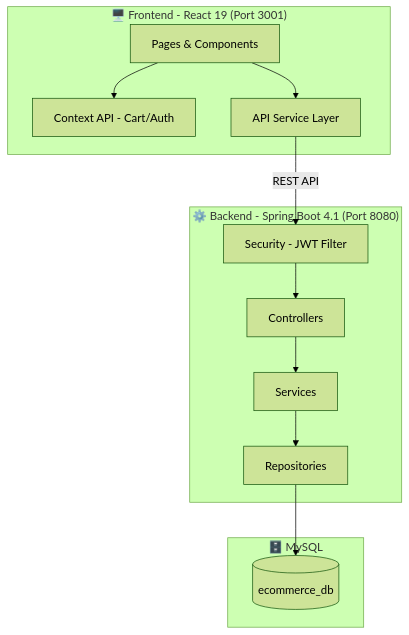
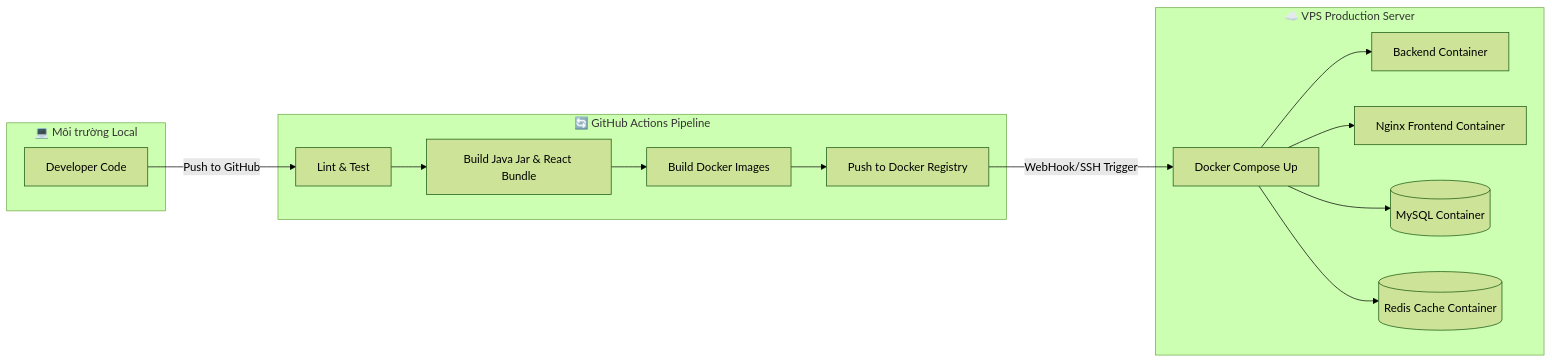
The third of 3 diagrams in doc.md (ThanhluanGif/E-Commerce-Platform), drawn with Mermaid (forest theme) before and after one commit. The commit also changed other lines of this file and 25 other files, not shown here.

````diff
--- a/doc.md
+++ b/doc.md
@@ -82,27 +262,31 @@
 ```mermaid
-graph TB
-    subgraph Frontend["🖥️ Frontend - React 19 (Port 3001)"]
-        UI[Pages & Components]
-        CTX[Context API - Cart/Auth]
-        API_SVC[API Service Layer]
+graph LR
+    subgraph LocalDev["💻 Môi trường Local"]
+        Code[Developer Code]
     end
 
-    subgraph Backend["⚙️ Backend - Spring Boot 4.1 (Port 8080)"]
-        CTRL[Controllers]
-        SVC[Services]
-        REPO[Repositories]
-        SEC[Security - JWT Filter]
+    subgraph CI_CD["🔄 GitHub Actions Pipeline"]
+        Lint[Lint & Test]
+        Build[Build Java Jar & React Bundle]
+        Dockerize[Build Docker Images]
+        Push[Push to Docker Registry]
     end
 
-    subgraph DB["🗄️ MySQL"]
-        TABLES[(ecommerce_db)]
+    subgraph Production["☁️ VPS Production Server"]
+        Compose[Docker Compose Up]
+        AppBE[Backend Container]
+        AppFE[Nginx Frontend Container]
+        DB[(MySQL Container)]
+        Cache[(Redis Cache Container)]
     end
 
-    UI --> CTX
-    UI --> API_SVC
-    API_SVC -->|REST API| SEC
-    SEC --> CTRL
-    CTRL --> SVC
-    SVC --> REPO
-    REPO --> TABLES
+    Code -->|Push to GitHub| Lint
+    Lint --> Build
+    Build --> Dockerize
+    Dockerize --> Push
+    Push -->|WebHook/SSH Trigger| Compose
+    Compose --> AppBE
+    Compose --> AppFE
+    Compose --> DB
+    Compose --> Cache
 ```
````
